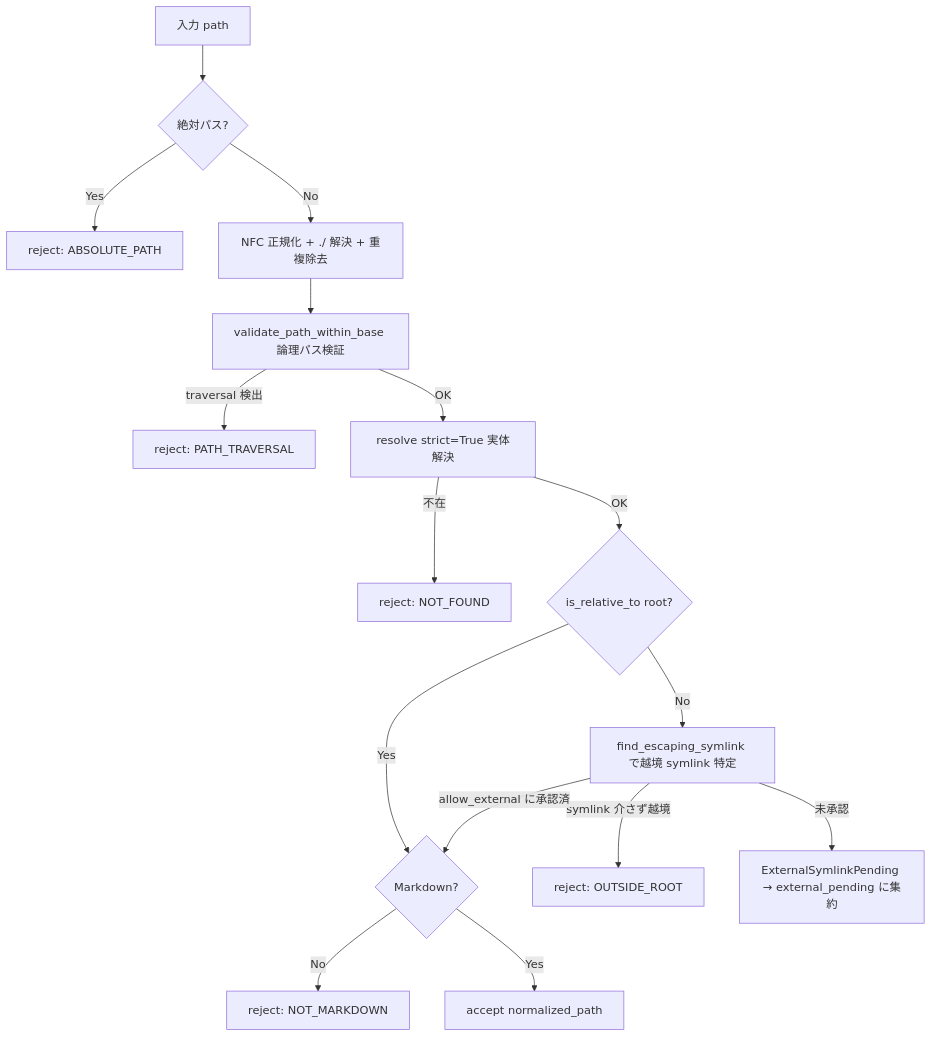
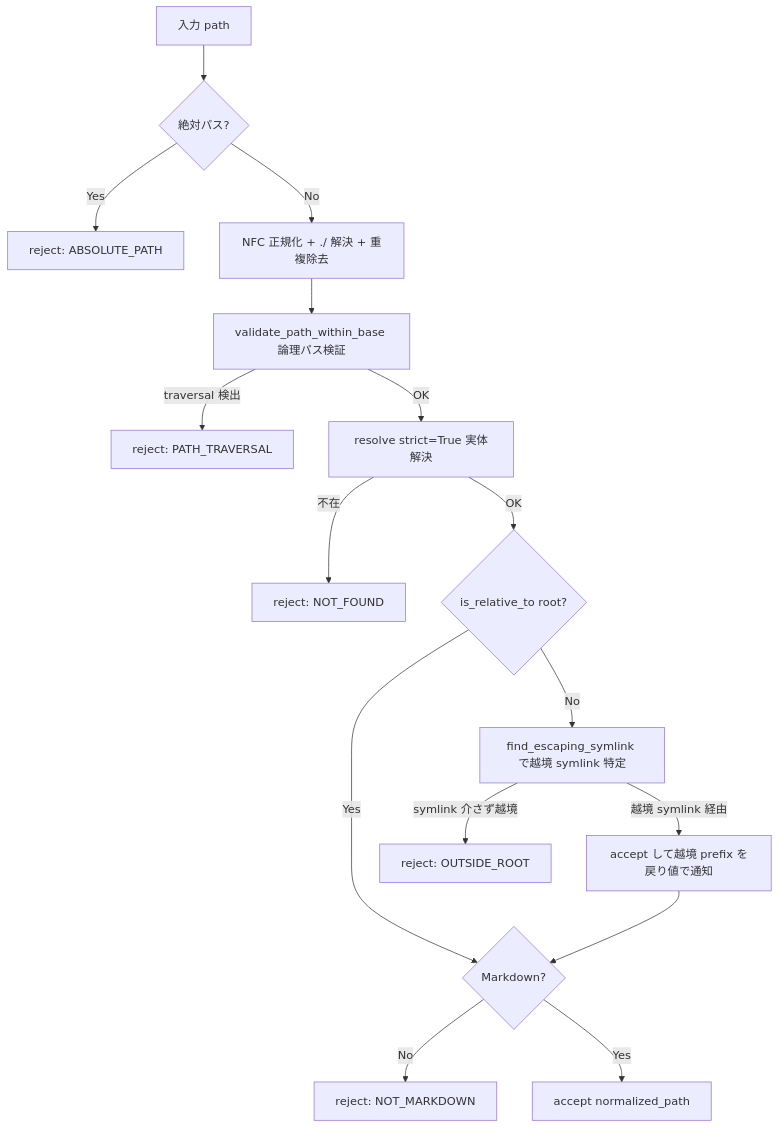
One commit to BlueEventHorizon/DocAdvisor-CC changed the third of 7 diagrams in docs/specs/base/design/DES-005_toc_generation_flow.md. Above: the diagram before and after it, drawn with Mermaid. The commit also changed other lines of this file and 11 other files, not shown here.

````diff
--- a/docs/specs/base/design/DES-005_toc_generation_flow.md
+++ b/docs/specs/base/design/DES-005_toc_generation_flow.md
@@ -336,18 +337,18 @@
 ```mermaid
 flowchart TD
     A[入力 path] --> B{絶対パス?}
     B -->|Yes| R1[reject: ABSOLUTE_PATH]
     B -->|No| C[NFC 正規化 + ./ 解決 + 重複除去]
     C --> D[validate_path_within_base 論理パス検証]
     D -->|traversal 検出| R2[reject: PATH_TRAVERSAL]
     D -->|OK| E[resolve strict=True 実体解決]
     E -->|不在| R3[reject: NOT_FOUND]
     E -->|OK| F{is_relative_to root?}
     F -->|Yes| G{Markdown?}
     F -->|No| X[find_escaping_symlink で越境 symlink 特定]
     X -->|symlink 介さず越境| R4[reject: OUTSIDE_ROOT]
-    X -->|allow_external に承認済| G
-    X -->|未承認| P[ExternalSymlinkPending → external_pending に集約]
+    X -->|越境 symlink 経由| G2[accept して越境 prefix を戻り値で通知]
+    G2 --> G
     G -->|No| R5[reject: NOT_MARKDOWN]
     G -->|Yes| H[accept normalized_path]
 ```
````
